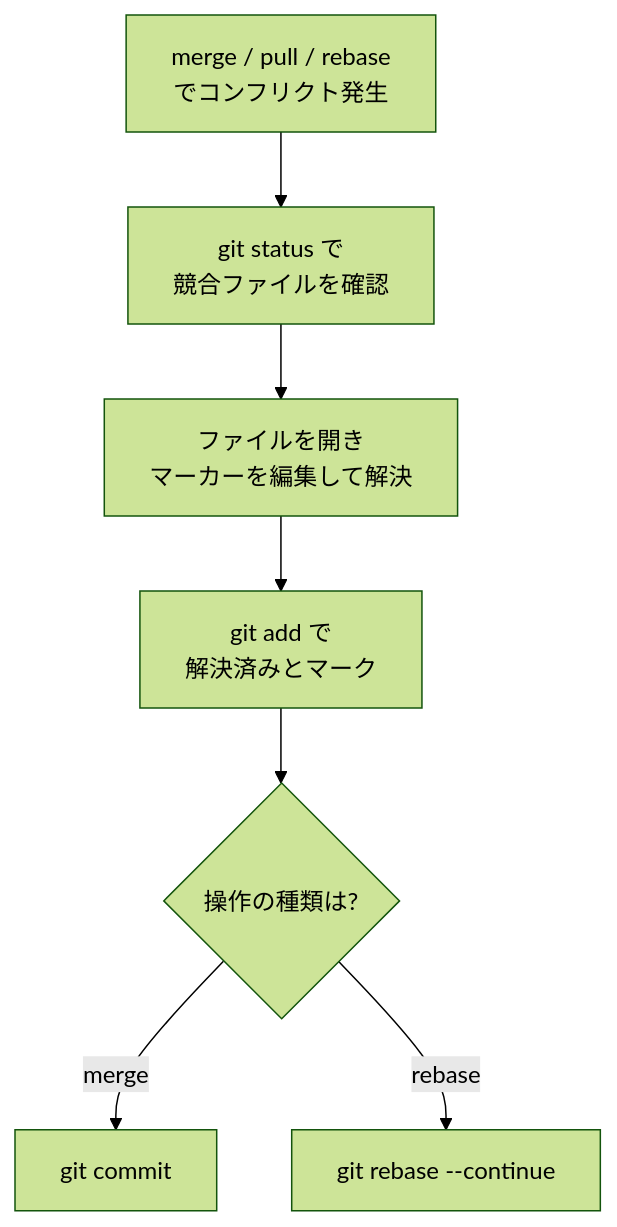
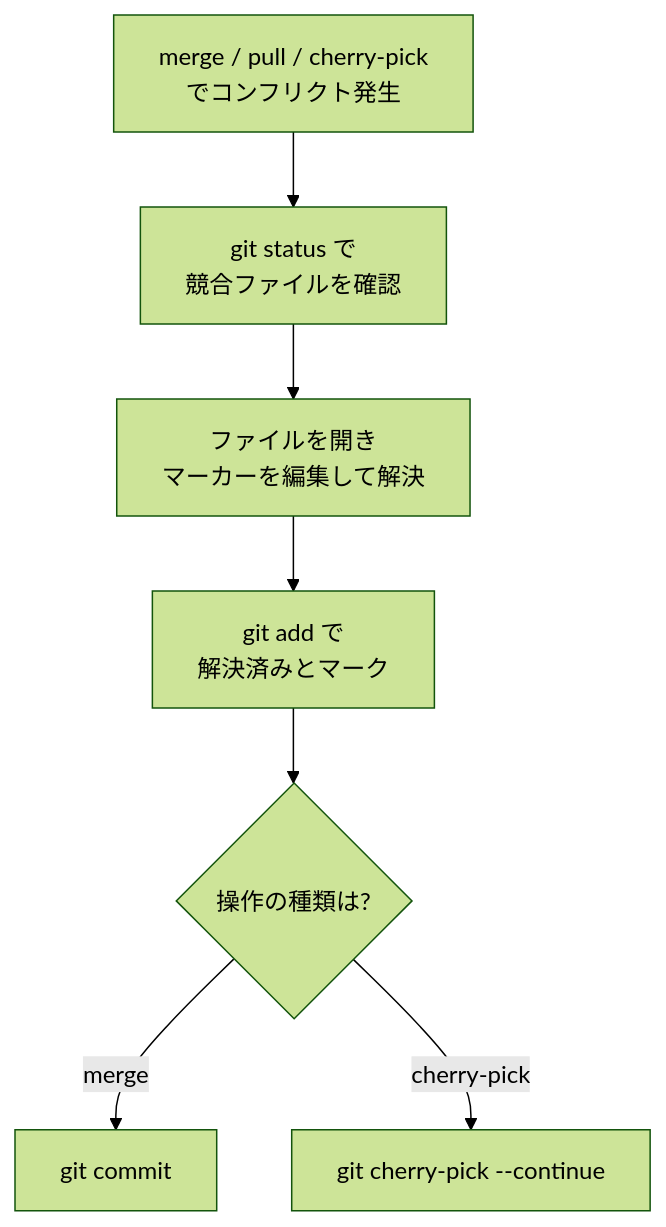
One commit to ykgw-daiki-nakamura/nakamura-git-tutorial changed the second of 2 diagrams in docs/guide/conflicts.md. Above: the diagram before and after it, drawn with Mermaid (forest theme). The commit also changed other lines of this file and 6 other files, not shown here.

First line of the commit message:
docs(guide): rebase のローカル操作の記述を削除し pull --rebase を fetch + merge に置換する (#294)

````diff
--- a/docs/guide/conflicts.md
+++ b/docs/guide/conflicts.md
@@ -39,9 +39,9 @@
 ```mermaid
 flowchart TD
-    A["merge / pull / rebase<br/>でコンフリクト発生"] --> B["git status で<br/>競合ファイルを確認"]
+    A["merge / pull / cherry-pick<br/>でコンフリクト発生"] --> B["git status で<br/>競合ファイルを確認"]
     B --> C["ファイルを開き<br/>マーカーを編集して解決"]
     C --> D["git add で<br/>解決済みとマーク"]
     D --> E{"操作の種類は?"}
     E -->|merge| F["git commit"]
-    E -->|rebase| G["git rebase --continue"]
+    E -->|cherry-pick| G["git cherry-pick --continue"]
 ```
````
